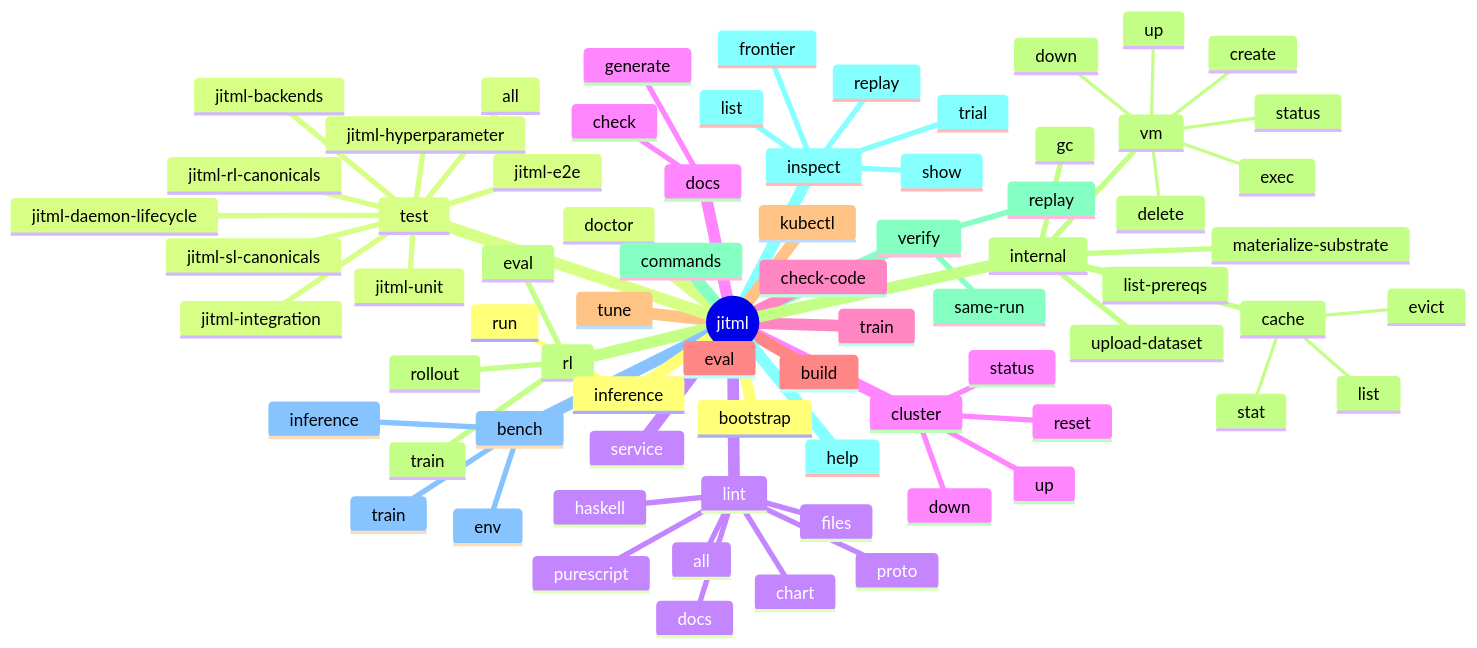
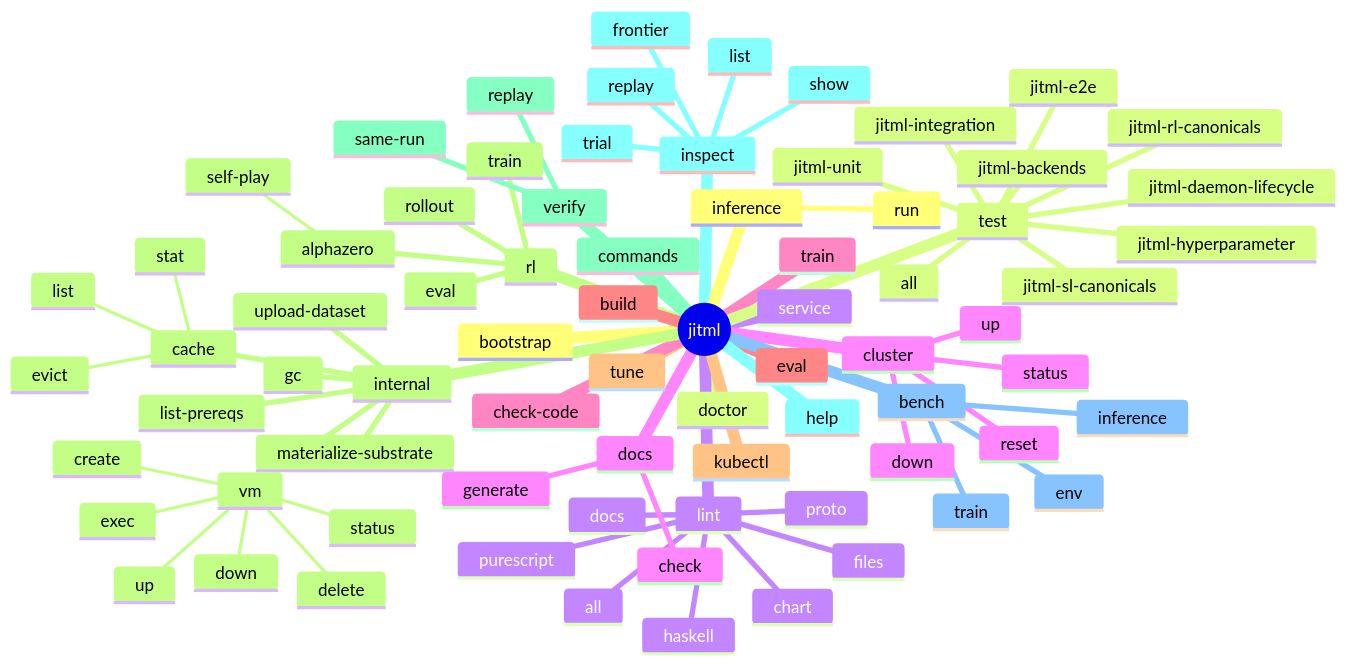
Before and after one commit to Tuee22/jitML: the first of 4 diagrams in README.md, drawn with Mermaid. The commit also changed other lines of this file and 31 other files, not shown here.

````diff
--- a/README.md
+++ b/README.md
@@ -685,76 +685,78 @@
 ```mermaid
 mindmap
   root((jitml))
     bootstrap
     doctor
     service
     cluster
       up
       down
       status
       reset
     train
     eval
     tune
     rl
       train
       eval
       rollout
+      alphazero
+        self-play
     verify
       same-run
       replay
     inspect
       list
       show
       replay
       trial
       frontier
     bench
       train
       inference
       env
     inference
       run
     test
       all
       jitml-unit
       jitml-integration
       jitml-sl-canonicals
       jitml-rl-canonicals
       jitml-hyperparameter
       jitml-backends
       jitml-daemon-lifecycle
       jitml-e2e
     lint
       files
       docs
       proto
       chart
       haskell
       purescript
       all
     docs
       check
       generate
     check-code
     build
     kubectl
     internal
       materialize-substrate
       list-prereqs
       upload-dataset
       gc
       vm
         create
         up
         down
         status
         delete
         exec
       cache
         stat
         list
         evict
     commands
     help
 ```
````
